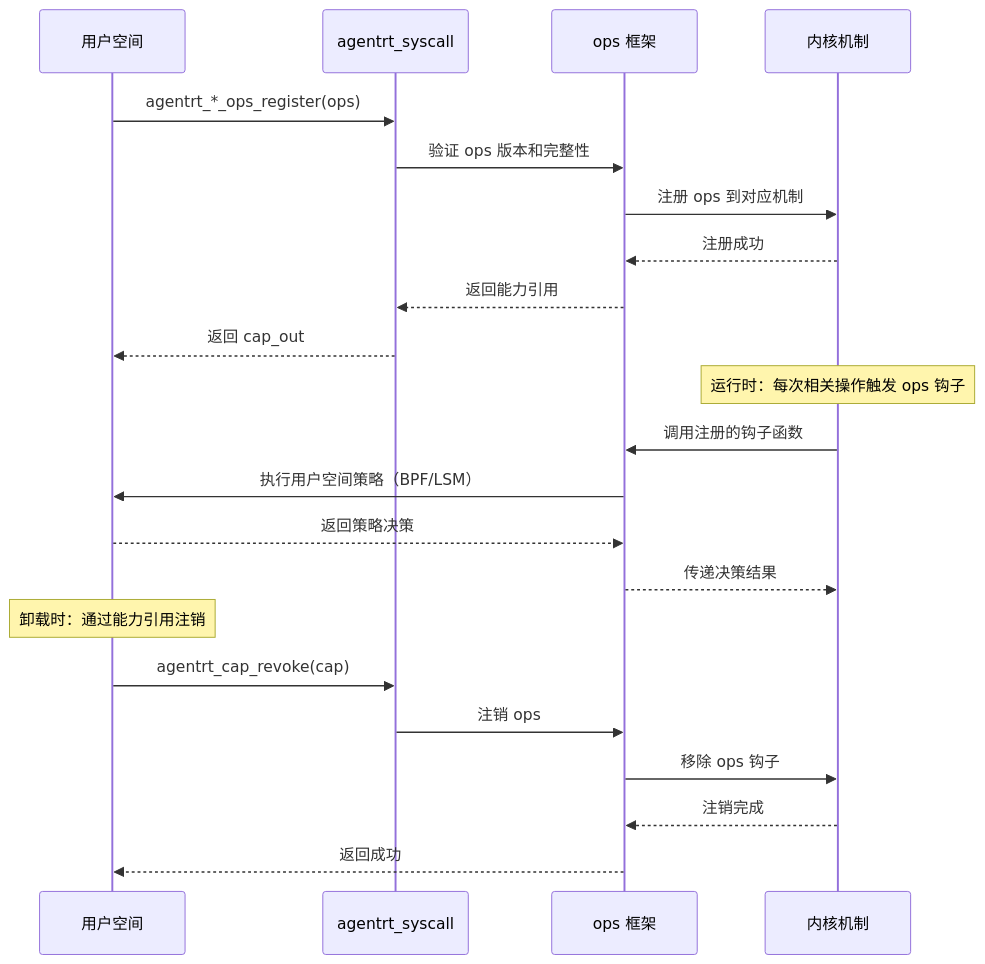
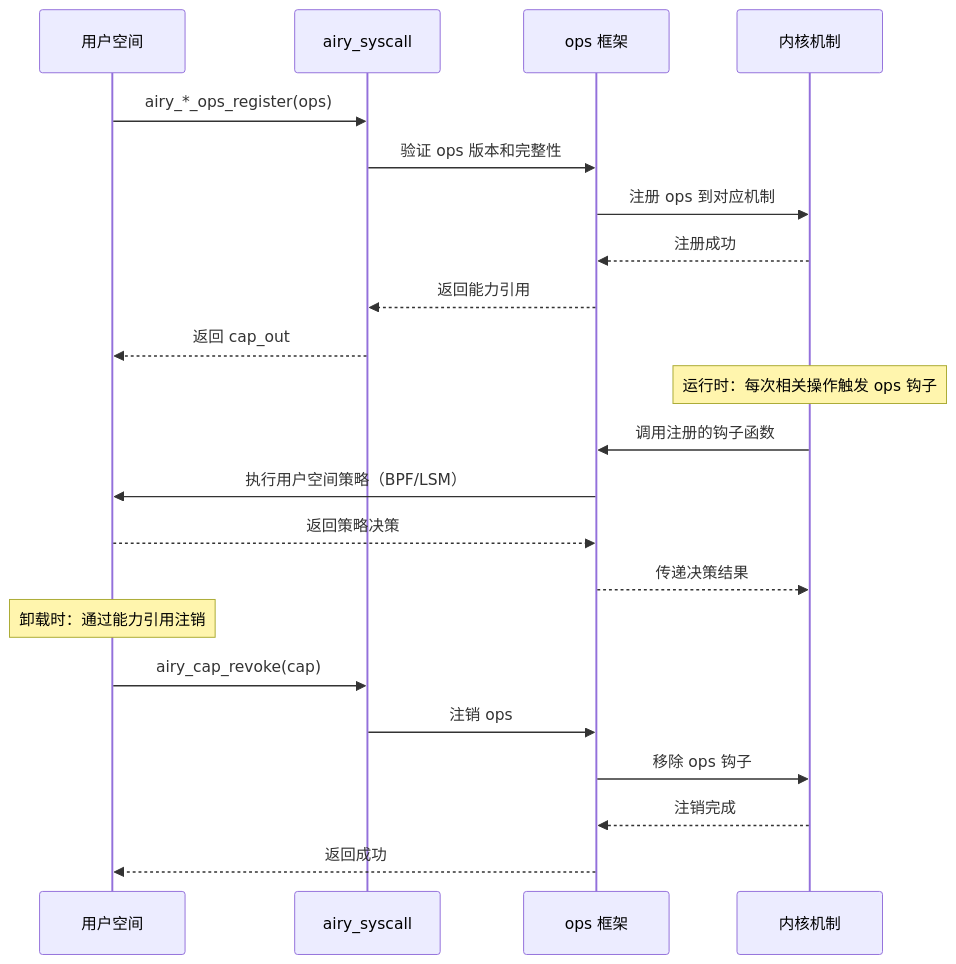
The second of 2 diagrams in 50-engineering-standards/30-runtime-interfaces/L1_runtime_interface.md (openairymax/docs-linux), drawn with Mermaid before and after one commit. The commit also changed other lines of this file and 132 other files, not shown here.

Commit message:
chore: 完成全项目命名空间从agentrt到airy的统一替换 本次提交完成了代码库中所有`agentrt_`相关命名空间、宏定义、标识符的统一替换，改为`airy_`前缀，同时完成了部分文档的排版优化与路径修正： 1. 替换了所有API函数、结构体、宏定义的命名前缀 2. 更新了文档中的示例代码与引用路径

````diff
--- a/50-engineering-standards/30-runtime-interfaces/L1_runtime_interface.md
+++ b/50-engineering-standards/30-runtime-interfaces/L1_runtime_interface.md
@@ -583,29 +585,29 @@
 ```mermaid
 sequenceDiagram
     participant US as 用户空间
-    participant SYSCALL as agentrt_syscall
+    participant SYSCALL as airy_syscall
     participant OPS as ops 框架
     participant KERNEL as 内核机制
 
-    US->>SYSCALL: agentrt_*_ops_register(ops)
+    US->>SYSCALL: airy_*_ops_register(ops)
     SYSCALL->>OPS: 验证 ops 版本和完整性
     OPS->>KERNEL: 注册 ops 到对应机制
     KERNEL-->>OPS: 注册成功
     OPS-->>SYSCALL: 返回能力引用
     SYSCALL-->>US: 返回 cap_out
 
     Note over KERNEL: 运行时：每次相关操作触发 ops 钩子
 
     KERNEL->>OPS: 调用注册的钩子函数
     OPS->>US: 执行用户空间策略（BPF/LSM）
     US-->>OPS: 返回策略决策
     OPS-->>KERNEL: 传递决策结果
 
     Note over US: 卸载时：通过能力引用注销
 
-    US->>SYSCALL: agentrt_cap_revoke(cap)
+    US->>SYSCALL: airy_cap_revoke(cap)
     SYSCALL->>OPS: 注销 ops
     OPS->>KERNEL: 移除 ops 钩子
     KERNEL-->>OPS: 注销完成
     OPS-->>US: 返回成功
 ```
````
